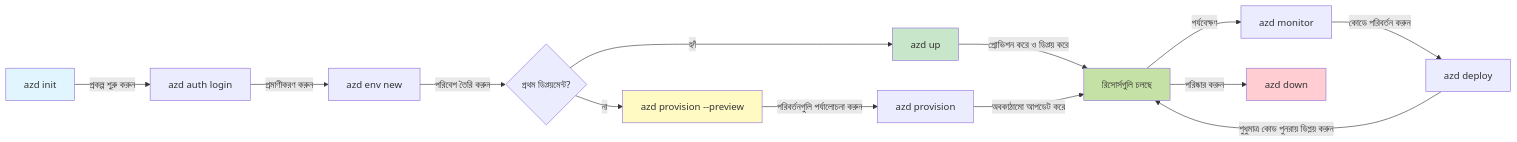
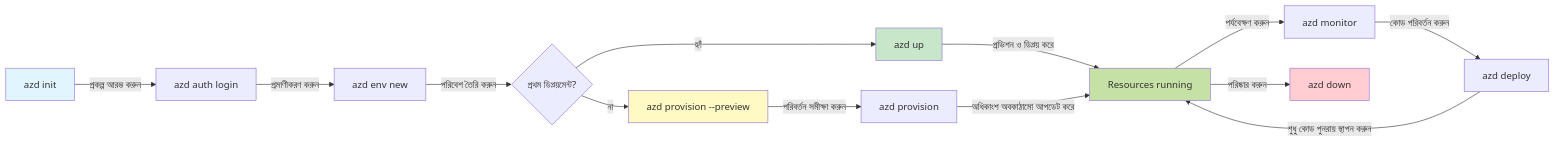
The first of 2 diagrams in translations/bn/docs/chapter-01-foundation/azd-basics.md (microsoft/AZD-for-beginners), drawn with Mermaid before and after one commit. The commit also changed other lines of this file and 101 other files, not shown here.

````diff
--- a/translations/bn/docs/chapter-01-foundation/azd-basics.md
+++ b/translations/bn/docs/chapter-01-foundation/azd-basics.md
@@ -269,21 +269,21 @@
 ```mermaid
 graph LR
-    A[azd init] -->|প্রকল্প শুরু করুন| B[azd auth login]
+    A[azd init] -->|প্রকল্প আরম্ভ করুন| B[azd auth login]
     B -->|প্রমাণীকরণ করুন| C[azd env new]
     C -->|পরিবেশ তৈরি করুন| D{প্রথম ডিপ্লয়মেন্ট?}
     D -->|হ্যাঁ| E[azd up]
     D -->|না| F[azd provision --preview]
-    F -->|পরিবর্তনগুলি পর্যালোচনা করুন| G[azd provision]
-    E -->|প্রোভিশন করে ও ডিপ্লয় করে| H[রিসোর্সগুলি চলছে]
-    G -->|অবকাঠামো আপডেট করে| H
-    H -->|পর্যবেক্ষণ| I[azd monitor]
-    I -->|কোডে পরিবর্তন করুন| J[azd deploy]
-    J -->|শুধুমাত্র কোড পুনরায় ডিপ্লয় করুন| H
+    F -->|পরিবর্তন সমীক্ষা করুন| G[azd provision]
+    E -->|প্রভিশন ও ডিপ্লয় করে| H[Resources running]
+    G -->|অধিকাংশ অবকাঠামো আপডেট করে| H
+    H -->|পর্যবেক্ষণ করুন| I[azd monitor]
+    I -->|কোড পরিবর্তন করুন| J[azd deploy]
+    J -->|শুধু কোড পুনরায় স্থাপন করুন| H
     H -->|পরিষ্কার করুন| K[azd down]
     
     style A fill:#e1f5fe
     style E fill:#c8e6c9
     style F fill:#fff9c4
     style H fill:#c5e1a5
     style K fill:#ffcdd2
 ```
````
